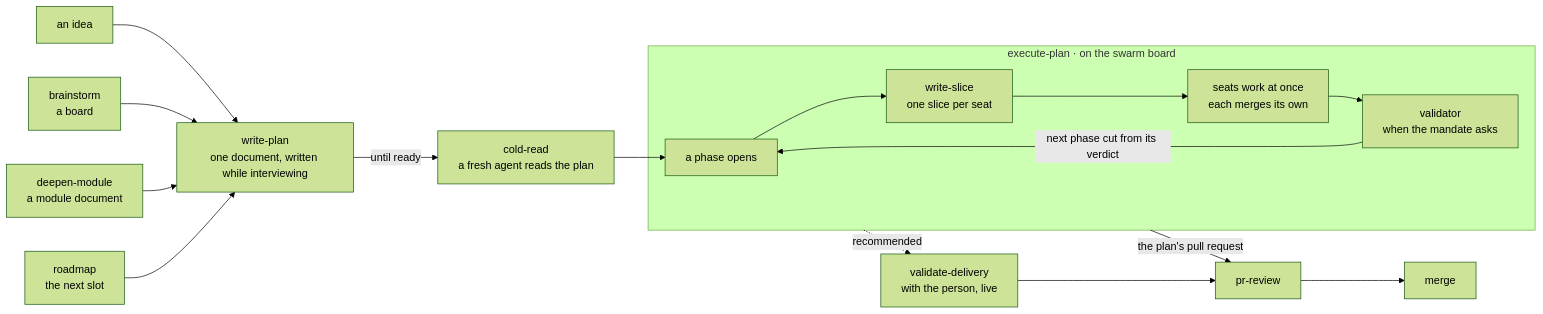
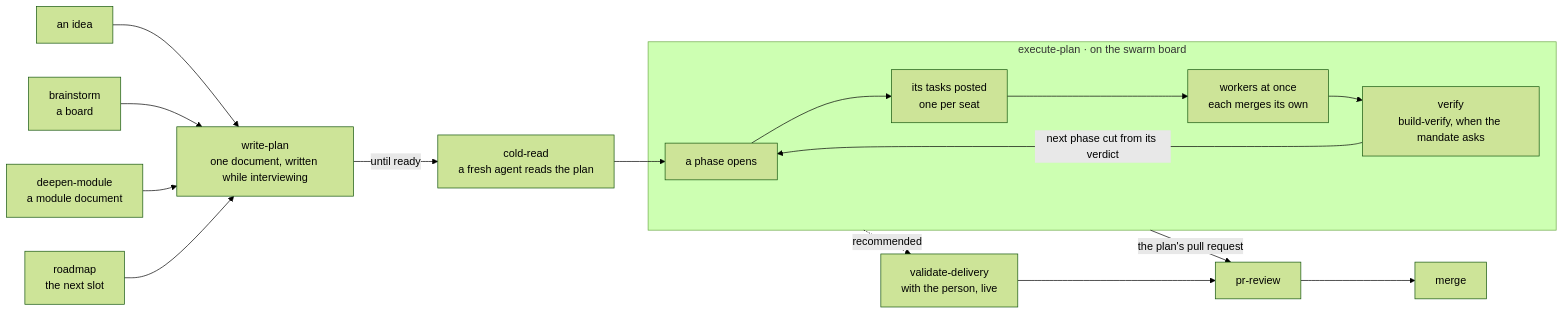
Before and after one commit to Ovich/charrette: the diagram in README.md, drawn with Mermaid (forest theme). The commit also changed other lines of this file and 35 other files, not shown here.

````diff
--- a/README.md
+++ b/README.md
@@ -21,19 +21,19 @@
 ```mermaid
 flowchart LR
   I["an idea"] --> P
   B["brainstorm<br/>a board"] --> P
   DM["deepen-module<br/>a module document"] --> P
   RM["roadmap<br/>the next slot"] --> P
   P["write-plan<br/>one document, written while interviewing"] -->|"until ready"| CR["cold-read<br/>a fresh agent reads the plan"]
   CR --> PH
   subgraph E["execute-plan · on the swarm board"]
-    PH["a phase opens"] --> WS["write-slice<br/>one slice per seat"]
-    WS --> S["seats work at once<br/>each merges its own"]
-    S --> VS["validator<br/>when the mandate asks"]
+    PH["a phase opens"] --> WS["its tasks posted<br/>one per seat"]
+    WS --> S["workers at once<br/>each merges its own"]
+    S --> VS["verify<br/>build-verify, when the mandate asks"]
     VS -->|"next phase cut from its verdict"| PH
   end
   E -->|"the plan's pull request"| R["pr-review"]
   E -.->|"recommended"| V["validate-delivery<br/>with the person, live"]
   V --> R
   R --> M["merge"]
 ```
````
